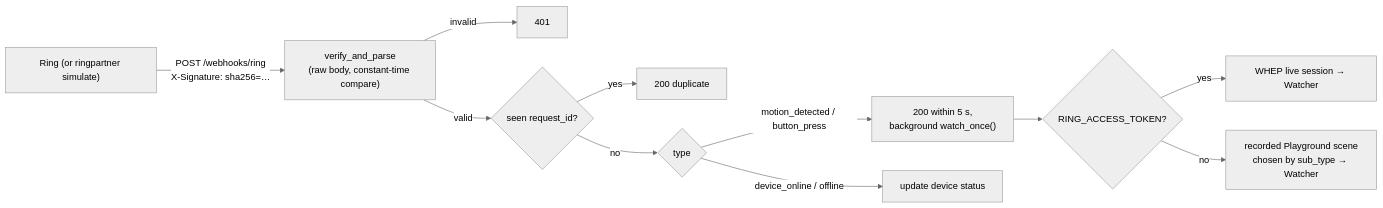
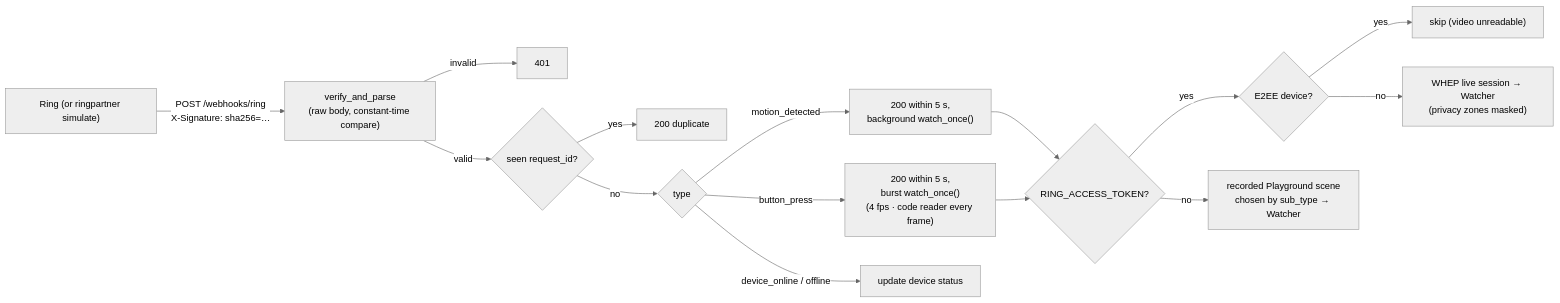
Before and after one commit to HaDeZIB/doorledger: the second of 5 diagrams in docs/architecture.md, drawn with Mermaid (neutral theme). The commit also changed other lines of this file and 10 other files, not shown here.

Commit message:
Docs: README synced to code (AgentCore deployed), friction log in official format (17 entries), business model + unit economics, video script guardrails, SDK examples

````diff
--- a/docs/architecture.md
+++ b/docs/architecture.md
@@ -147,13 +177,17 @@
 ```mermaid
 flowchart LR
     A["Ring (or ringpartner simulate)"] -- "POST /webhooks/ring<br/>X-Signature: sha256=…" --> B["verify_and_parse<br/>(raw body, constant-time compare)"]
     B -- "invalid" --> X["401"]
     B -- "valid" --> C{"seen request_id?"}
     C -- "yes" --> D["200 duplicate"]
     C -- "no" --> E{"type"}
-    E -- "motion_detected / button_press" --> F["200 within 5 s,<br/>background watch_once()"]
+    E -- "motion_detected" --> F["200 within 5 s,<br/>background watch_once()"]
+    E -- "button_press" --> F2["200 within 5 s,<br/>burst watch_once()<br/>(4 fps · code reader every frame)"]
     E -- "device_online / offline" --> G["update device status"]
     F --> H{"RING_ACCESS_TOKEN?"}
-    H -- "yes" --> I["WHEP live session → Watcher"]
+    F2 --> H
+    H -- "yes" --> P{"E2EE device?"}
+    P -- "yes" --> Q["skip (video unreadable)"]
+    P -- "no" --> I["WHEP live session → Watcher<br/>(privacy zones masked)"]
     H -- "no" --> J["recorded Playground scene<br/>chosen by sub_type → Watcher"]
 ```
````
